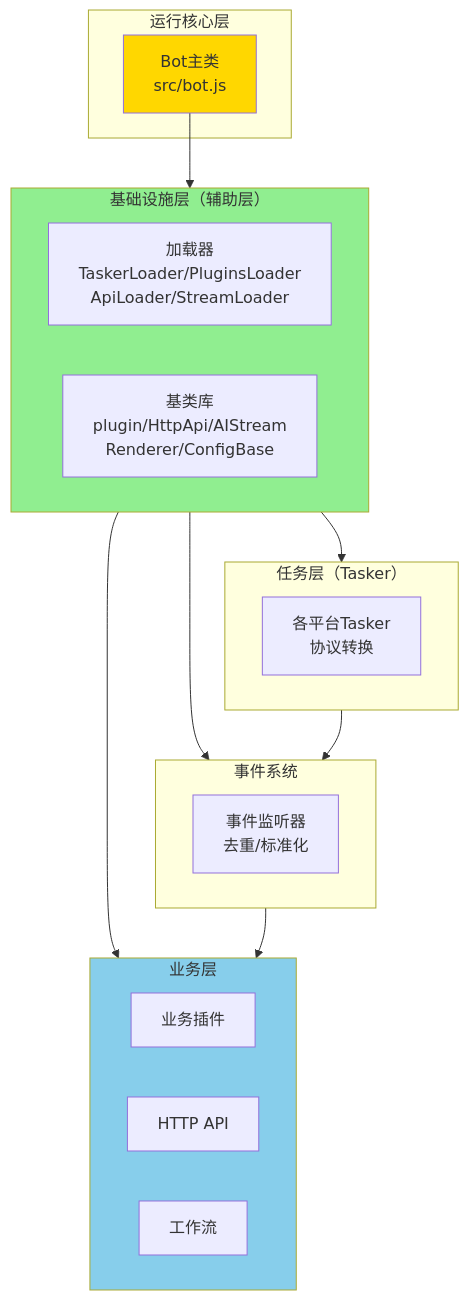
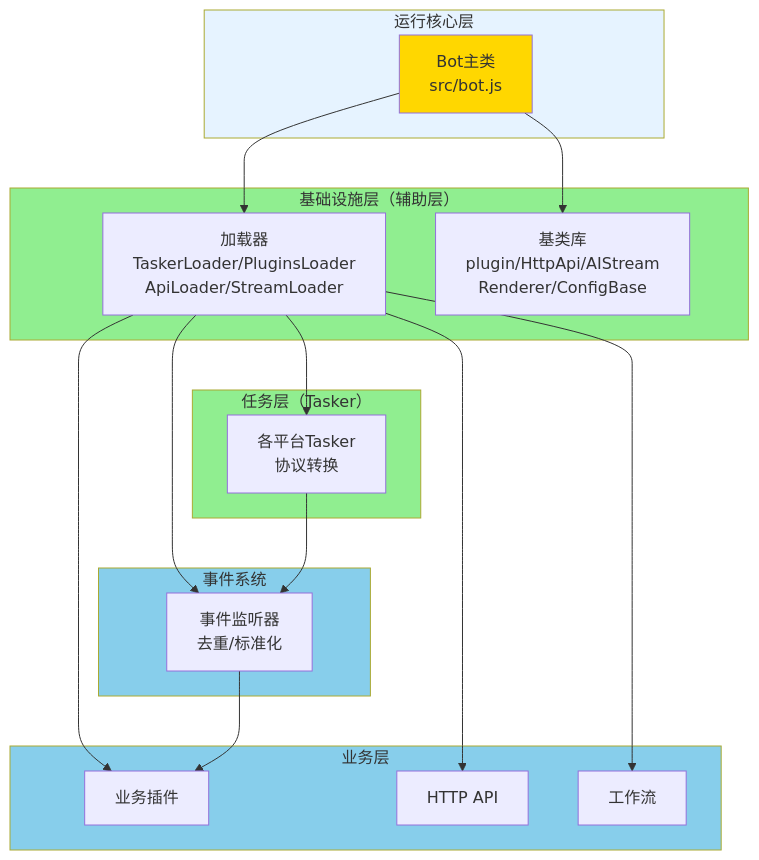
One commit to sunflowermm/XRK-AGT changed the diagram in docs/README.md. Above: the diagram before and after it, drawn with Mermaid. The commit also changed 10 other files, not shown here.

````diff
--- a/docs/README.md
+++ b/docs/README.md
@@ -21,36 +21,45 @@
 ```mermaid
 flowchart TB
     subgraph Runtime["运行核心层"]
-        Bot[Bot主类<br/>src/bot.js]
+        Bot["Bot主类<br/>src/bot.js"]
     end
     
     subgraph Infra["基础设施层（辅助层）"]
-        Loaders[加载器<br/>TaskerLoader/PluginsLoader<br/>ApiLoader/StreamLoader]
-        BaseClasses[基类库<br/>plugin/HttpApi/AIStream<br/>Renderer/ConfigBase]
+        Loaders["加载器<br/>TaskerLoader/PluginsLoader<br/>ApiLoader/StreamLoader"]
+        BaseClasses["基类库<br/>plugin/HttpApi/AIStream<br/>Renderer/ConfigBase"]
     end
     
     subgraph Tasker["任务层（Tasker）"]
-        Taskers[各平台Tasker<br/>协议转换]
+        Taskers["各平台Tasker<br/>协议转换"]
     end
     
     subgraph Events["事件系统"]
-        Listeners[事件监听器<br/>去重/标准化]
+        Listeners["事件监听器<br/>去重/标准化"]
     end
     
     subgraph Business["业务层"]
-        Plugins[业务插件]
-        APIs[HTTP API]
-        Streams[工作流]
+        Plugins["业务插件"]
+        APIs["HTTP API"]
+        Streams["工作流"]
     end
     
-    Bot --> Infra
-    Infra --> Tasker
-    Infra --> Events
-    Infra --> Business
-    Tasker --> Events
-    Events --> Business
+    Bot --> Loaders
+    Bot --> BaseClasses
+    Loaders --> Taskers
+    Loaders --> Listeners
+    Loaders --> Plugins
+    Loaders --> APIs
+    Loaders --> Streams
+    Taskers --> Listeners
+    Listeners --> Plugins
+    
+    style Runtime fill:#E6F3FF
+    style Infra fill:#FFE6CC
+    style Tasker fill:#90EE90
+    style Events fill:#87CEEB
+    style Business fill:#FFB6C1
     
     style Bot fill:#FFD700
     style Infra fill:#90EE90
     style Business fill:#87CEEB
 ```
````
